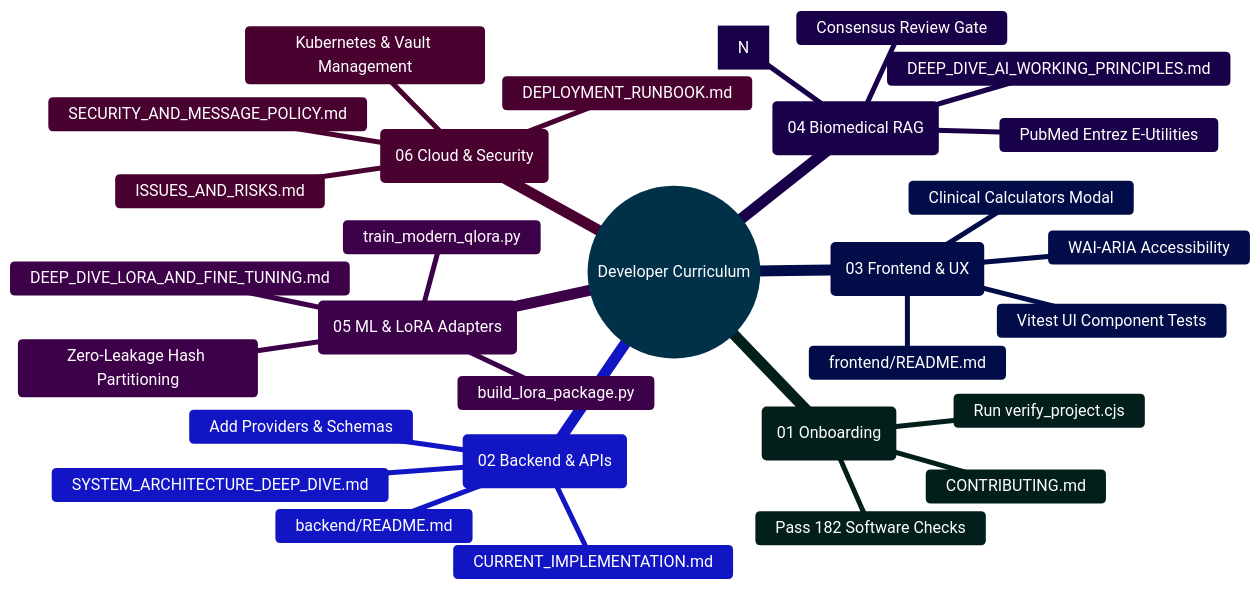
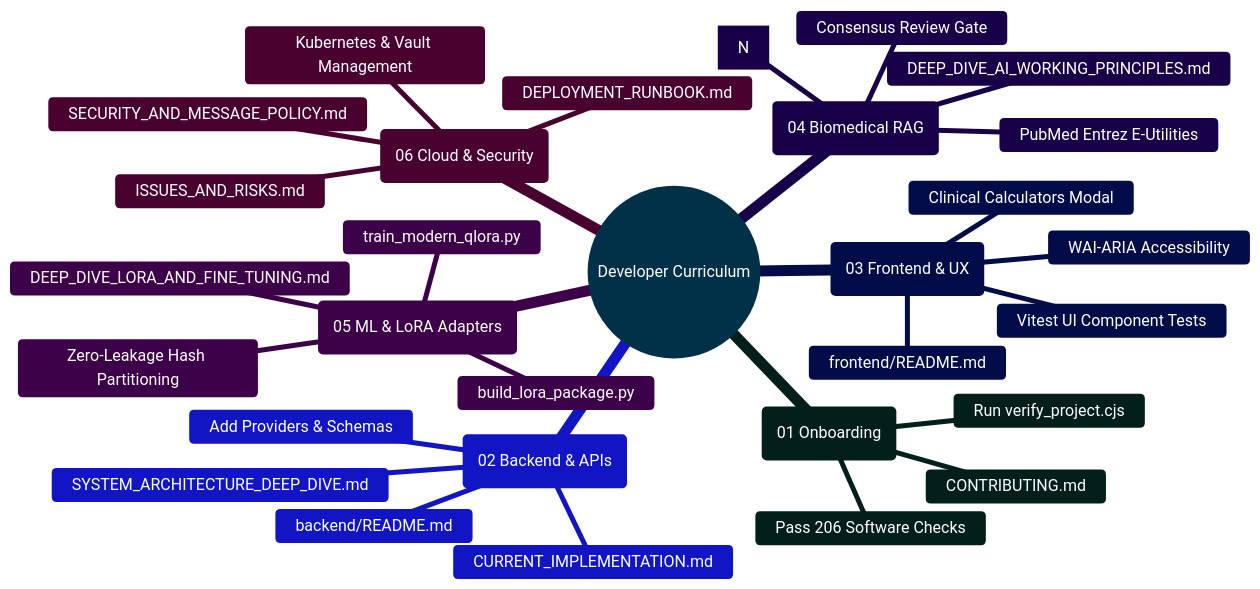
Before and after one commit to Ganesh172919/React-App-LLM: the second of 2 diagrams in docs/README.md, drawn with Mermaid. The commit also changed other lines of this file and 12 other files, not shown here.

````diff
--- a/docs/README.md
+++ b/docs/README.md
@@ -263,35 +263,35 @@
 ```mermaid
 %%{init: {'theme': 'base', 'themeVariables': { 'primaryColor': '#0284c7', 'primaryTextColor': '#ffffff', 'primaryBorderColor': '#0369a1', 'lineColor': '#0284c7', 'secondaryColor': '#0d9488', 'tertiaryColor': '#6366f1' }}}%%
 mindmap
   root((Developer Curriculum))
     ::icon(fa fa-graduation-cap)
     (01 Onboarding)
       CONTRIBUTING.md
       Run verify_project.cjs
-      Pass 182 Software Checks
+      Pass 206 Software Checks
     (02 Backend & APIs)
       CURRENT_IMPLEMENTATION.md
       SYSTEM_ARCHITECTURE_DEEP_DIVE.md
       backend/README.md
       Add Providers & Schemas
     (03 Frontend & UX)
       frontend/README.md
       WAI-ARIA Accessibility
       Clinical Calculators Modal
       Vitest UI Component Tests
     (04 Biomedical RAG)
       DEEP_DIVE_AI_WORKING_PRINCIPLES.md
       PubMed Entrez E-Utilities
       Citation Verifier [N]
       Consensus Review Gate
     (05 ML & LoRA Adapters)
       DEEP_DIVE_LORA_AND_FINE_TUNING.md
       Zero-Leakage Hash Partitioning
       build_lora_package.py
       train_modern_qlora.py
     (06 Cloud & Security)
       DEPLOYMENT_RUNBOOK.md
       SECURITY_AND_MESSAGE_POLICY.md
       ISSUES_AND_RISKS.md
       Kubernetes & Vault Management
 ```
````
